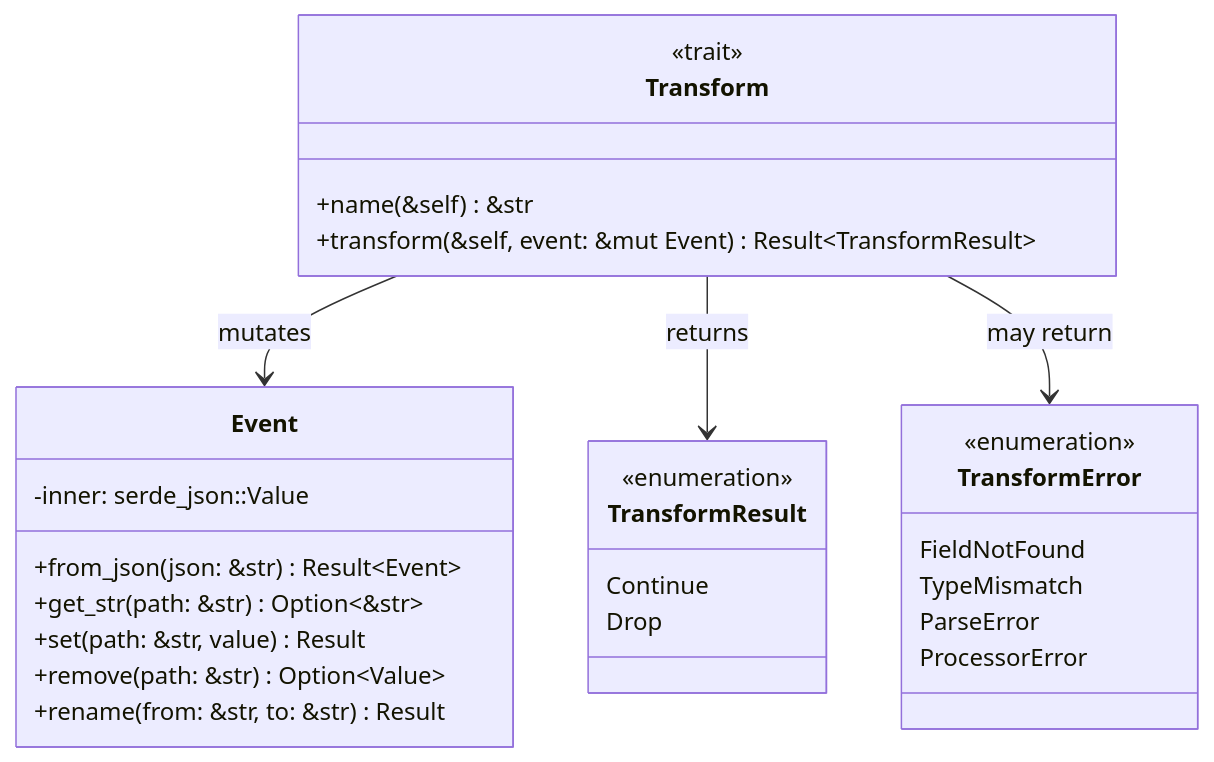
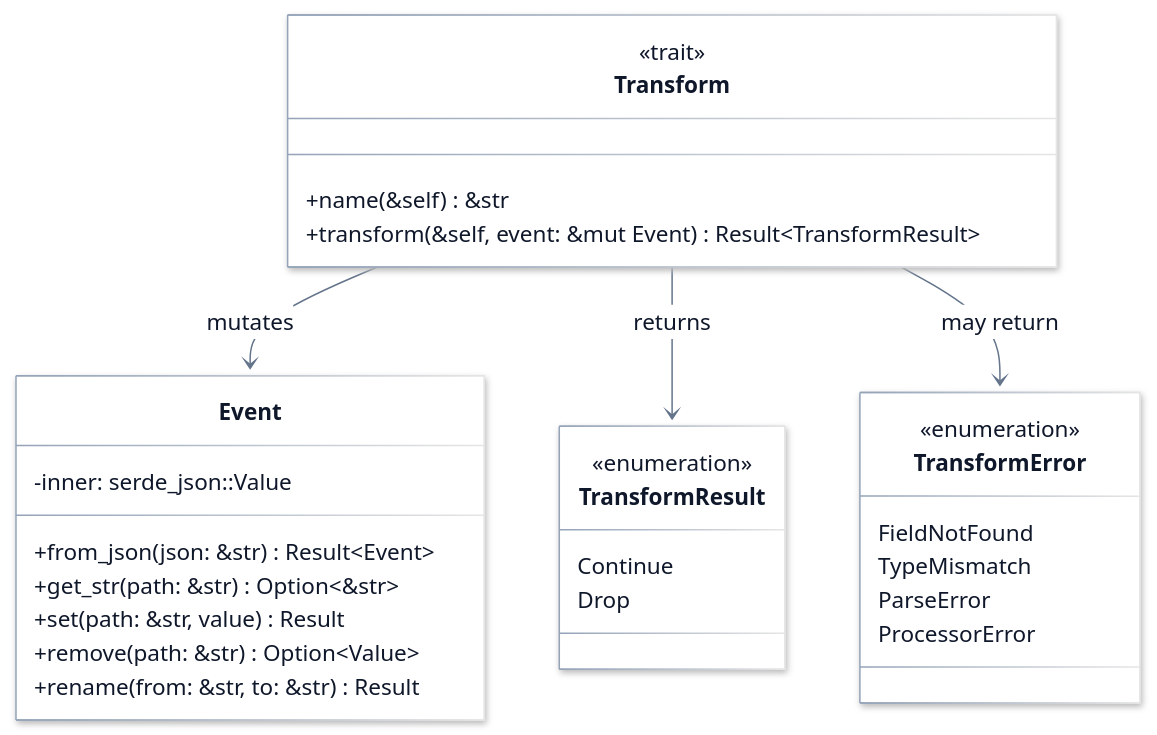
One commit to hyperi-io/dfe-transform-elastic changed the fourth of 5 diagrams in docs/architecture.md. Above: the diagram before and after it, drawn with Mermaid. The commit also changed other lines of this file and 3 other files, not shown here.

First line of the commit message:
docs(diagrams): apply the house diagram style (#189)

````diff
--- a/docs/architecture.md
+++ b/docs/architecture.md
@@ -193,33 +328,48 @@
 ```mermaid
+---
+config:
+  theme: base
+  look: neo
+  fontFamily: Inter, -apple-system, Segoe UI, Roboto, Helvetica, Arial, sans-serif
+  themeVariables:
+    fontSize: 15px
+    lineColor: "#64748B"
+    primaryTextColor: "#0F172A"
+    clusterBorder: "#0072B2"
+    edgeLabelBackground: "#FFFFFF"
+    primaryColor: "#FFFFFF"
+    primaryBorderColor: "#94A3B8"
+    tertiaryColor: "#F4F6F8"
+---
 classDiagram
     accTitle: L4 Detail -- Event and Transform types
     accDescr: A Transform mutates an Event and returns a TransformResult, or a TransformError on failure.
     class Event {
         -inner: serde_json::Value
         +from_json(json: &str) Result~Event~
         +get_str(path: &str) Option~&str~
         +set(path: &str, value) Result
         +remove(path: &str) Option~Value~
         +rename(from: &str, to: &str) Result
     }
     class Transform {
         <<trait>>
         +name(&self) &str
         +transform(&self, event: &mut Event) Result~TransformResult~
     }
     class TransformResult {
         <<enumeration>>
         Continue
         Drop
     }
     class TransformError {
         <<enumeration>>
         FieldNotFound
         TypeMismatch
         ParseError
         ProcessorError
     }
     Transform --> Event : mutates
     Transform --> TransformResult : returns
     Transform --> TransformError : may return
 ```
````
